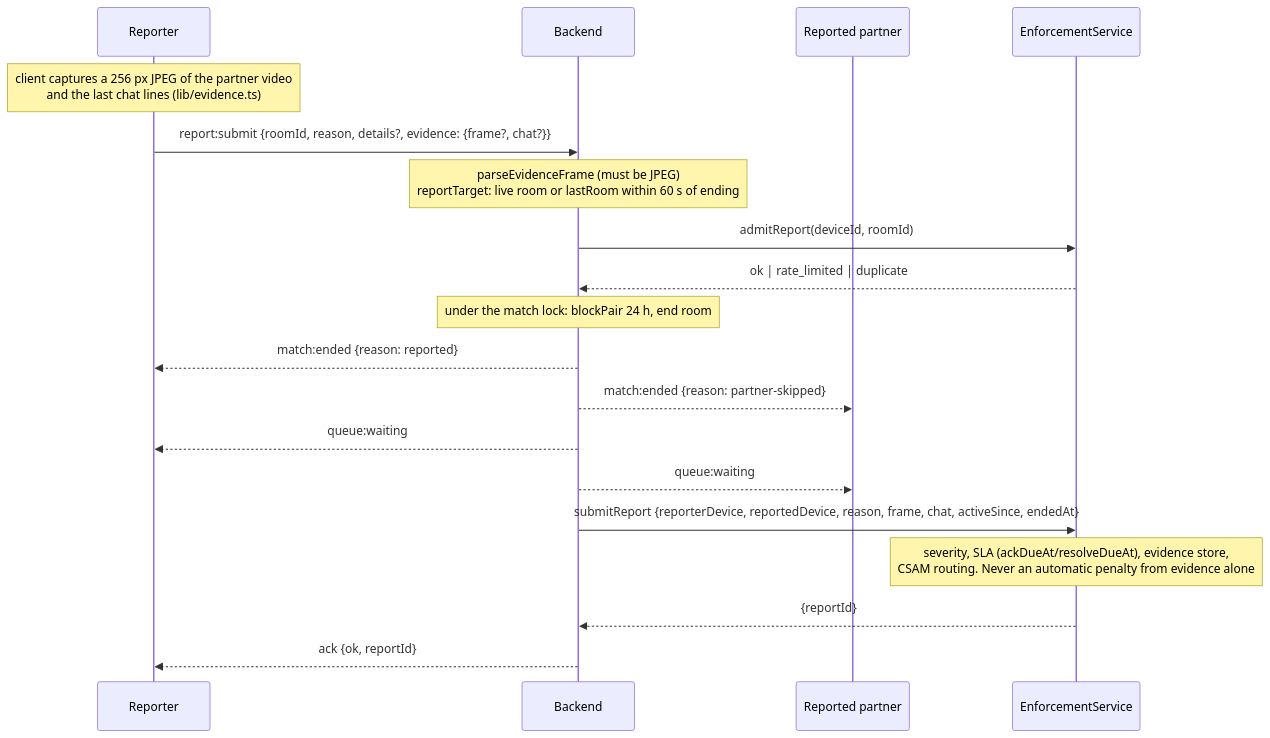
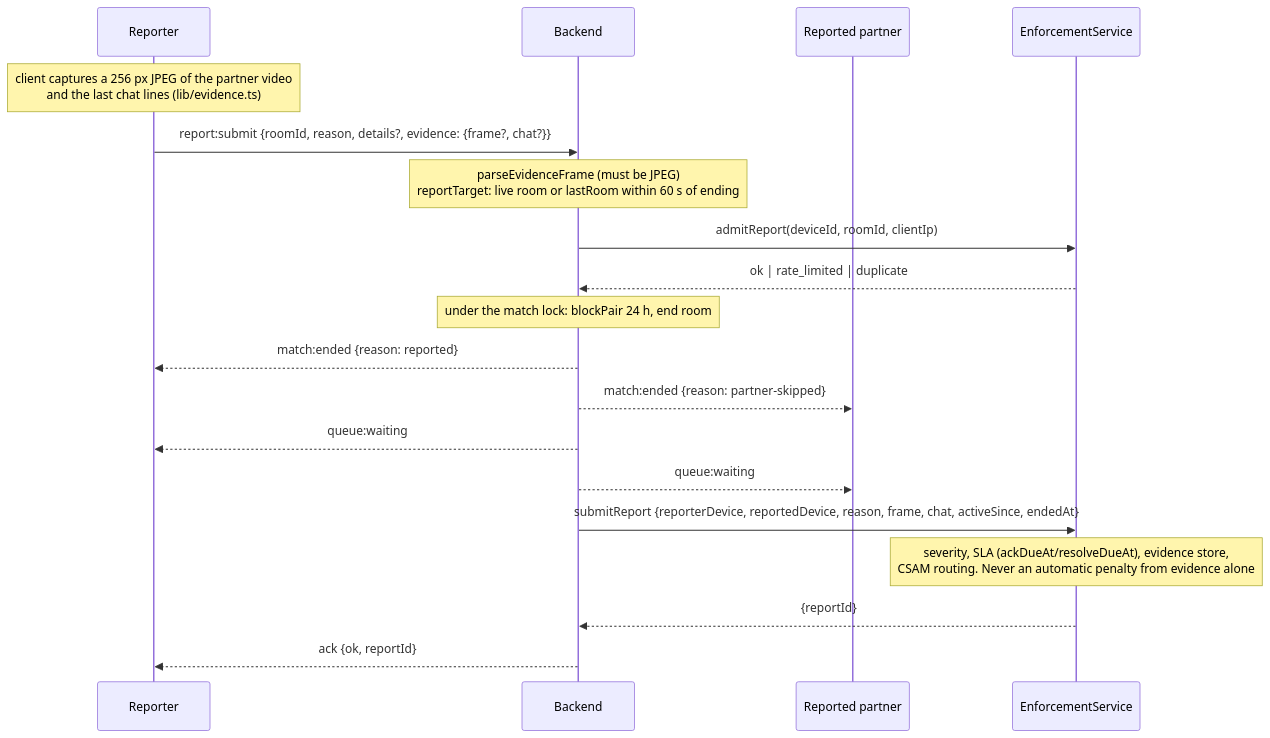
The fifth of 10 diagrams in docs/PROTOCOL.md (yashs33244/Omegle_with_stun), drawn with Mermaid before and after one commit. The commit also changed other lines of this file and 20 other files, not shown here.

````diff
--- a/docs/PROTOCOL.md
+++ b/docs/PROTOCOL.md
@@ -264,21 +264,21 @@
 ```mermaid
 sequenceDiagram
     participant R as Reporter
     participant S as Backend
     participant P as Reported partner
     participant E as EnforcementService
     Note over R: client captures a 256 px JPEG of the partner video<br/>and the last chat lines (lib/evidence.ts)
     R->>S: report:submit {roomId, reason, details?, evidence: {frame?, chat?}}
     Note over S: parseEvidenceFrame (must be JPEG)<br/>reportTarget: live room or lastRoom within 60 s of ending
-    S->>E: admitReport(deviceId, roomId)
+    S->>E: admitReport(deviceId, roomId, clientIp)
     E-->>S: ok | rate_limited | duplicate
     Note over S: under the match lock: blockPair 24 h, end room
     S-->>R: match:ended {reason: reported}
     S-->>P: match:ended {reason: partner-skipped}
     S-->>R: queue:waiting
     S-->>P: queue:waiting
     S->>E: submitReport {reporterDevice, reportedDevice, reason, frame, chat, activeSince, endedAt}
     Note over E: severity, SLA (ackDueAt/resolveDueAt), evidence store,<br/>CSAM routing. Never an automatic penalty from evidence alone
     E-->>S: {reportId}
     S-->>R: ack {ok, reportId}
 ```
````
